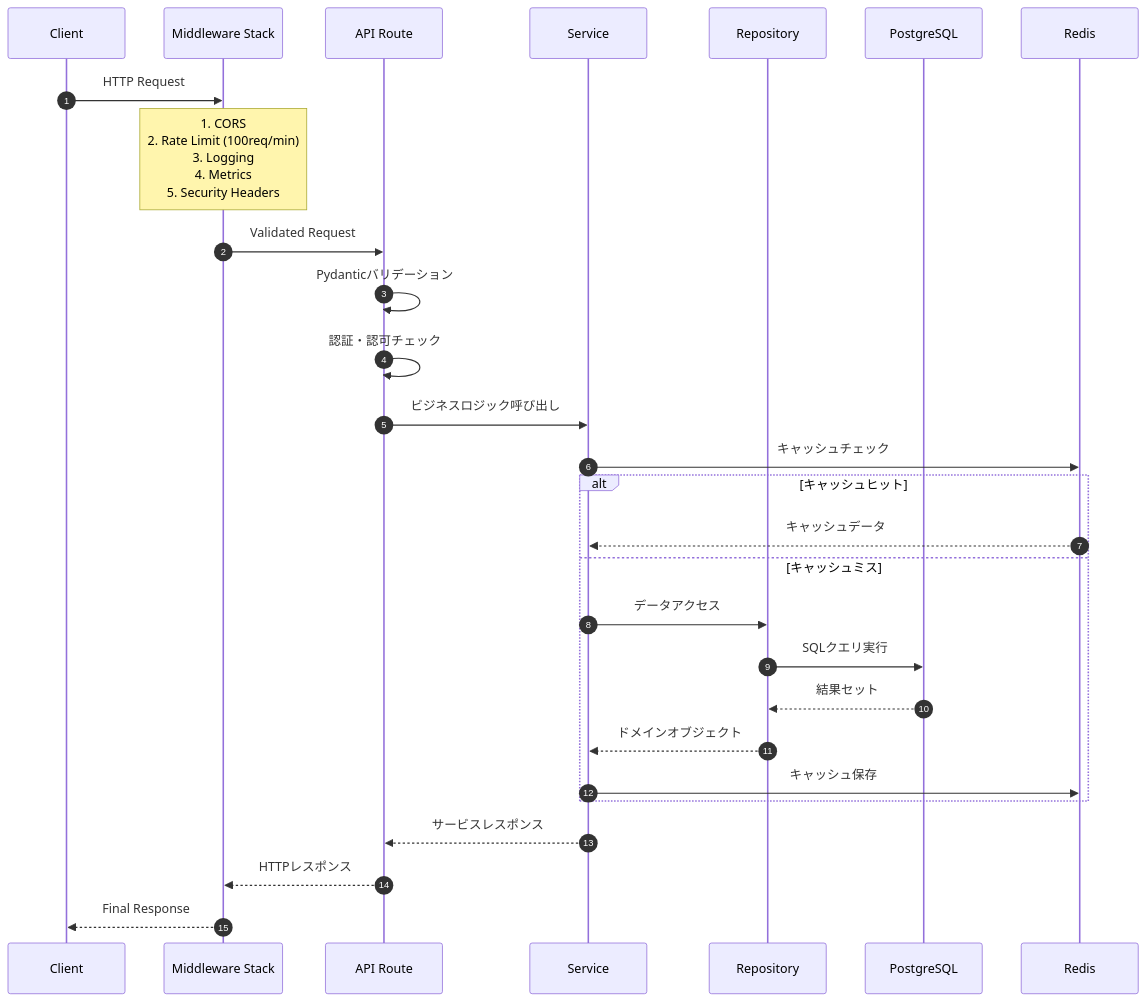
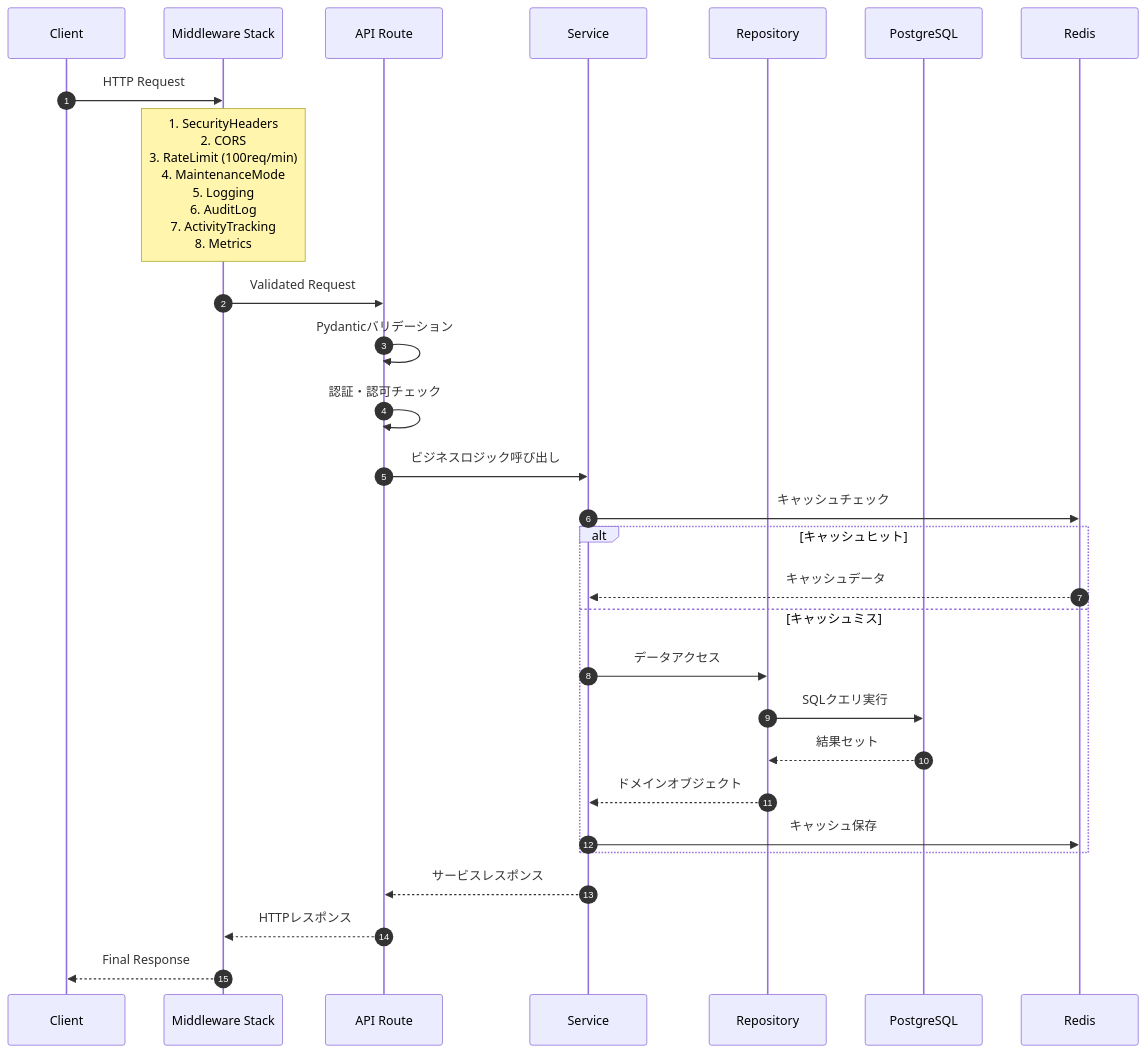
One commit to nomura-koshiro/genai-app-docs changed the seventh of 14 diagrams in docs/specifications/04-architecture/01-system-architecture.md. Above: the diagram before and after it, drawn with Mermaid. The commit also changed other lines of this file and 29 other files, not shown here.

```diff
--- a/docs/specifications/04-architecture/01-system-architecture.md
+++ b/docs/specifications/04-architecture/01-system-architecture.md
@@ -393,38 +399,38 @@
 ::: mermaid
 sequenceDiagram
     autonumber
     participant C as Client
     participant MW as Middleware Stack
     participant API as API Route
     participant Svc as Service
     participant Repo as Repository
     participant DB as PostgreSQL
     participant Cache as Redis
 
     C->>MW: HTTP Request
 
-    Note over MW: 1. CORS<br/>2. Rate Limit (100req/min)<br/>3. Logging<br/>4. Metrics<br/>5. Security Headers
+    Note over MW: 1. SecurityHeaders<br/>2. CORS<br/>3. RateLimit (100req/min)<br/>4. MaintenanceMode<br/>5. Logging<br/>6. AuditLog<br/>7. ActivityTracking<br/>8. Metrics
 
     MW->>API: Validated Request
 
     API->>API: Pydanticバリデーション
     API->>API: 認証・認可チェック
 
     API->>Svc: ビジネスロジック呼び出し
 
     Svc->>Cache: キャッシュチェック
 
     alt キャッシュヒット
         Cache-->>Svc: キャッシュデータ
     else キャッシュミス
         Svc->>Repo: データアクセス
         Repo->>DB: SQLクエリ実行
         DB-->>Repo: 結果セット
         Repo-->>Svc: ドメインオブジェクト
         Svc->>Cache: キャッシュ保存
     end
 
     Svc-->>API: サービスレスポンス
     API-->>MW: HTTPレスポンス
     MW-->>C: Final Response
 :::
```
